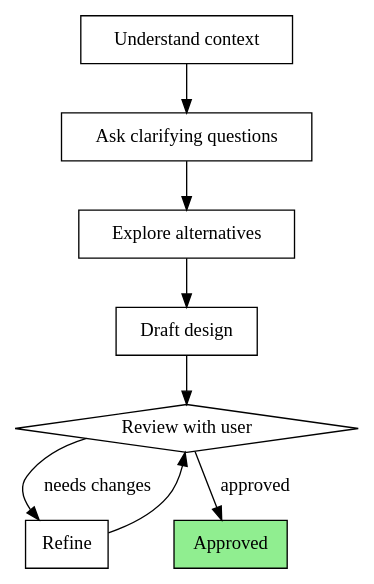
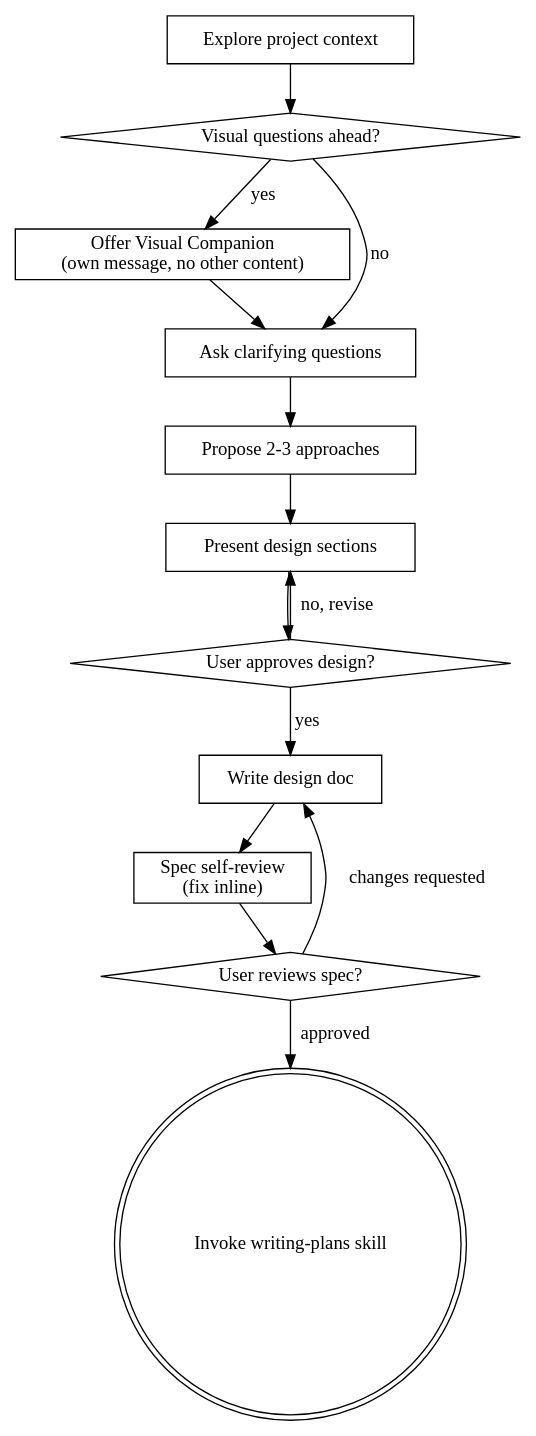
One commit to dmedina-dev/dev-forge changed the diagram in plugins/forge-superpowers/skills/brainstorming/SKILL.md. Above: the diagram before and after it, drawn with Graphviz. The commit also changed other lines of this file and 351 other files, not shown here.

````diff
--- a/plugins/forge-superpowers/skills/brainstorming/SKILL.md
+++ b/plugins/forge-superpowers/skills/brainstorming/SKILL.md
@@ -36,21 +41,29 @@
 ```dot
-digraph brainstorm {
-    rankdir=TB;
+digraph brainstorming {
+    "Explore project context" [shape=box];
+    "Visual questions ahead?" [shape=diamond];
+    "Offer Visual Companion\n(own message, no other content)" [shape=box];
+    "Ask clarifying questions" [shape=box];
+    "Propose 2-3 approaches" [shape=box];
+    "Present design sections" [shape=box];
+    "User approves design?" [shape=diamond];
+    "Write design doc" [shape=box];
+    "Spec self-review\n(fix inline)" [shape=box];
+    "User reviews spec?" [shape=diamond];
+    "Invoke writing-plans skill" [shape=doublecircle];
 
-    "Understand context" [shape=box];
-    "Ask clarifying questions" [shape=box];
-    "Explore alternatives" [shape=box];
-    "Draft design" [shape=box];
-    "Review with user" [shape=diamond];
-    "Refine" [shape=box];
-    "Approved" [shape=box, style=filled, fillcolor=lightgreen];
-
-    "Understand context" -> "Ask clarifying questions";
-    "Ask clarifying questions" -> "Explore alternatives";
-    "Explore alternatives" -> "Draft design";
-    "Draft design" -> "Review with user";
-    "Review with user" -> "Refine" [label="needs changes"];
-    "Review with user" -> "Approved" [label="approved"];
-    "Refine" -> "Review with user";
+    "Explore project context" -> "Visual questions ahead?";
+    "Visual questions ahead?" -> "Offer Visual Companion\n(own message, no other content)" [label="yes"];
+    "Visual questions ahead?" -> "Ask clarifying questions" [label="no"];
+    "Offer Visual Companion\n(own message, no other content)" -> "Ask clarifying questions";
+    "Ask clarifying questions" -> "Propose 2-3 approaches";
+    "Propose 2-3 approaches" -> "Present design sections";
+    "Present design sections" -> "User approves design?";
+    "User approves design?" -> "Present design sections" [label="no, revise"];
+    "User approves design?" -> "Write design doc" [label="yes"];
+    "Write design doc" -> "Spec self-review\n(fix inline)";
+    "Spec self-review\n(fix inline)" -> "User reviews spec?";
+    "User reviews spec?" -> "Write design doc" [label="changes requested"];
+    "User reviews spec?" -> "Invoke writing-plans skill" [label="approved"];
 }
 ```
````
